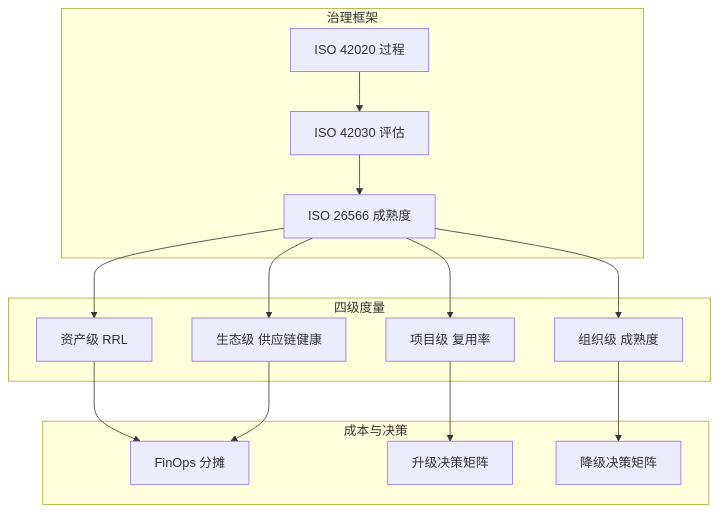
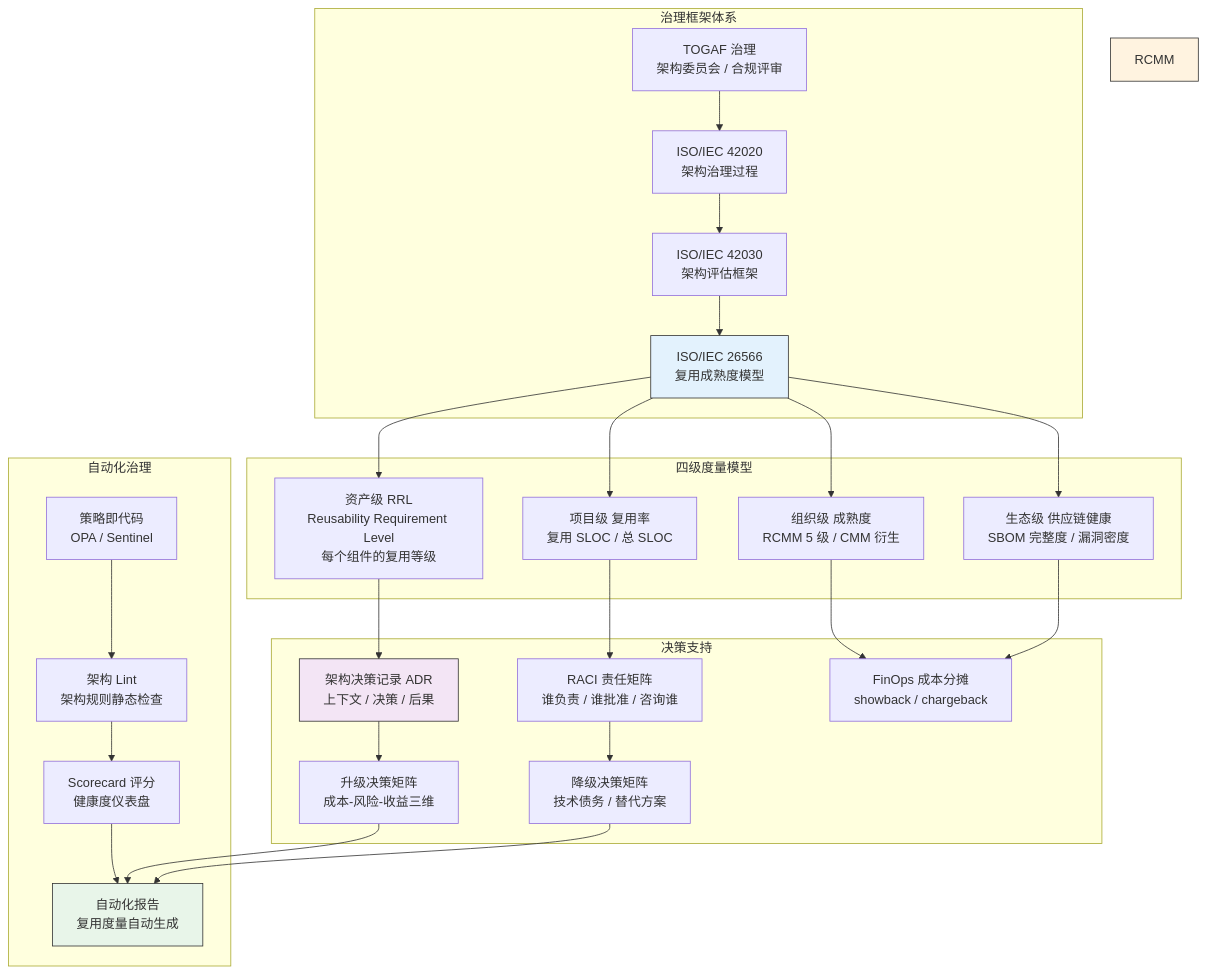
One commit to AdaMartin18010/Architecture changed the diagram in struct/99-reference/visualizations/06-cross-layer-governance.mmd. Above: the diagram before and after it, drawn with Mermaid. The commit also changed 45 other files, not shown here.

```diff
--- a/struct/99-reference/visualizations/06-cross-layer-governance.mmd
+++ b/struct/99-reference/visualizations/06-cross-layer-governance.mmd
@@ -1,29 +1,53 @@
+%% 版本: 2026-06-10 | 状态: B3 完成 | 主题: 06 跨层复用治理与成熟度
 flowchart TB
-    subgraph 治理框架
-        ISO42020["ISO 42020 过程"]
-        ISO42030["ISO 42030 评估"]
-        ISO26566["ISO 26566 成熟度"]
+    subgraph "治理框架体系"
+        ISO42020["ISO/IEC 42020<br/>架构治理过程"]
+        ISO42030["ISO/IEC 42030<br/>架构评估框架"]
+        ISO26566["ISO/IEC 26566<br/>复用成熟度模型"]
+        TOGAF_G["TOGAF 治理<br/>架构委员会 / 合规评审"]
     end
 
-    subgraph 四级度量
-        ASSET["资产级 RRL"]
-        PROJ["项目级 复用率"]
-        ORG["组织级 成熟度"]
-        ECO["生态级 供应链健康"]
+    subgraph "四级度量模型"
+        ASSET["资产级 RRL<br/>Reusability Requirement Level<br/>每个组件的复用等级"]
+        PROJ["项目级 复用率<br/>复用 SLOC / 总 SLOC"]
+        ORG["组织级 成熟度<br/>RCMM 5 级 / CMM 衍生"]
+        ECO["生态级 供应链健康<br/>SBOM 完整度 / 漏洞密度"]
     end
 
-    subgraph 成本与决策
-        FINOPS["FinOps 分摊"]
-        UPGRADE["升级决策矩阵"]
-        DOWNGRADE["降级决策矩阵"]
+    subgraph "决策支持"
+        ADR["架构决策记录 ADR<br/>上下文 / 决策 / 后果"]
+        RACI["RACI 责任矩阵<br/>谁负责 / 谁批准 / 咨询谁"]
+        FINOPS["FinOps 成本分摊<br/> showback / chargeback"]
+        UPGRADE["升级决策矩阵<br/>成本-风险-收益三维"]
+        DOWNGRADE["降级决策矩阵<br/>技术债务 / 替代方案"]
+    end
+
+    subgraph "自动化治理"
+        LINT["架构 Lint<br/>架构规则静态检查"]
+        SCORECARD["Scorecard 评分<br/>健康度仪表盘"]
+        POLICY["策略即代码<br/>OPA / Sentinel"]
+        AUTO_R["自动化报告<br/>复用度量自动生成"]
     end
 
     ISO42020 --> ISO42030 --> ISO26566
+    TOGAF_G --> ISO42020
     ISO26566 --> ASSET
     ISO26566 --> PROJ
     ISO26566 --> ORG
     ISO26566 --> ECO
-    ASSET --> FINOPS
-    PROJ --> UPGRADE
-    ORG --> DOWNGRADE
+    ASSET --> ADR
+    PROJ --> RACI
+    ORG --> FINOPS
     ECO --> FINOPS
+    ADR --> UPGRADE
+    RACI --> DOWNGRADE
+    LINT --> SCORECARD
+    SCORECARD --> AUTO_R
+    POLICY --> LINT
+    UPGRADE --> AUTO_R
+    DOWNGRADE --> AUTO_R
+
+    style ISO26566 fill:#e3f2fd,stroke:#333
+    style RCMM fill:#fff3e0,stroke:#333
+    style ADR fill:#f3e5f5,stroke:#333
+    style AUTO_R fill:#e8f5e9,stroke:#333
```
